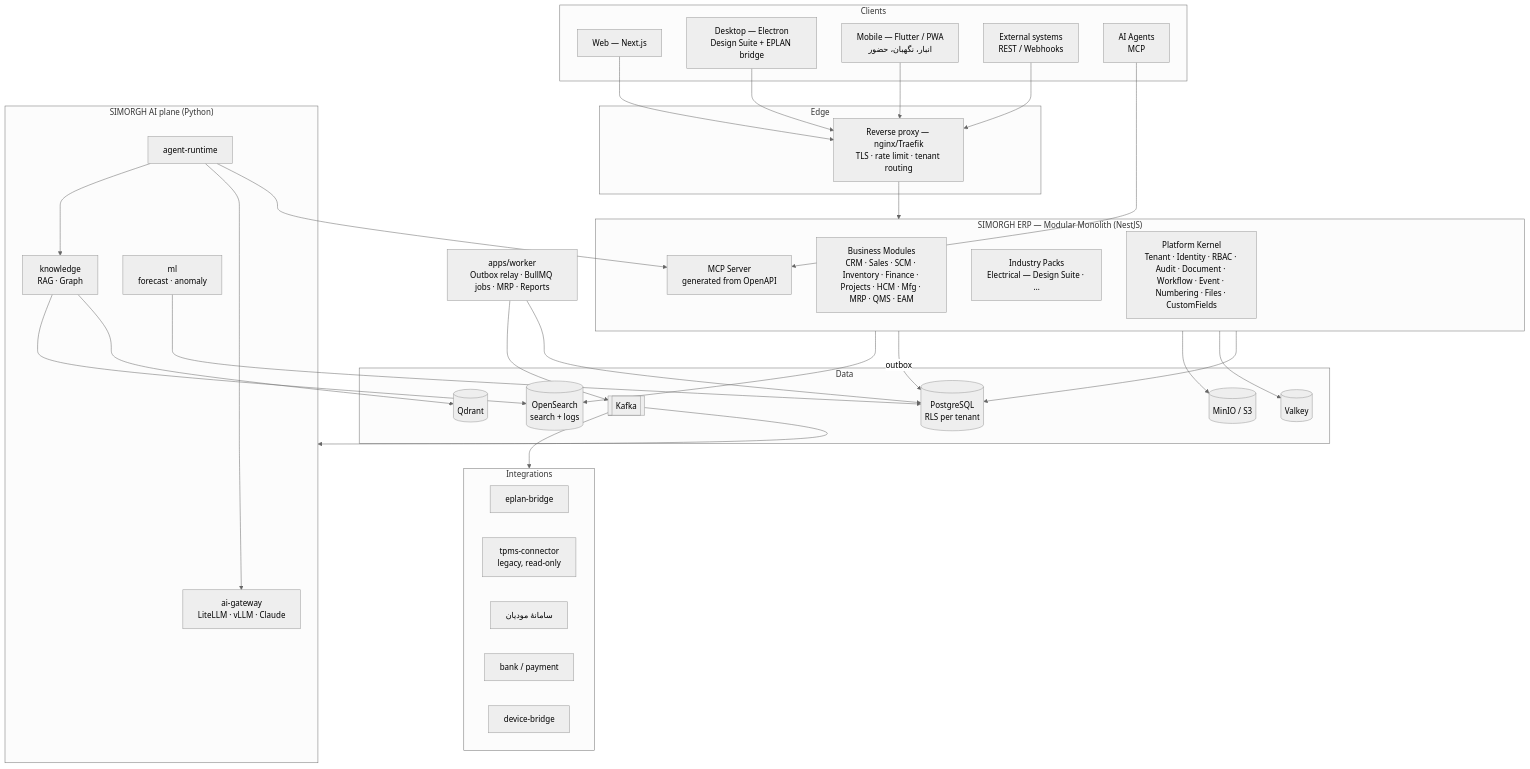
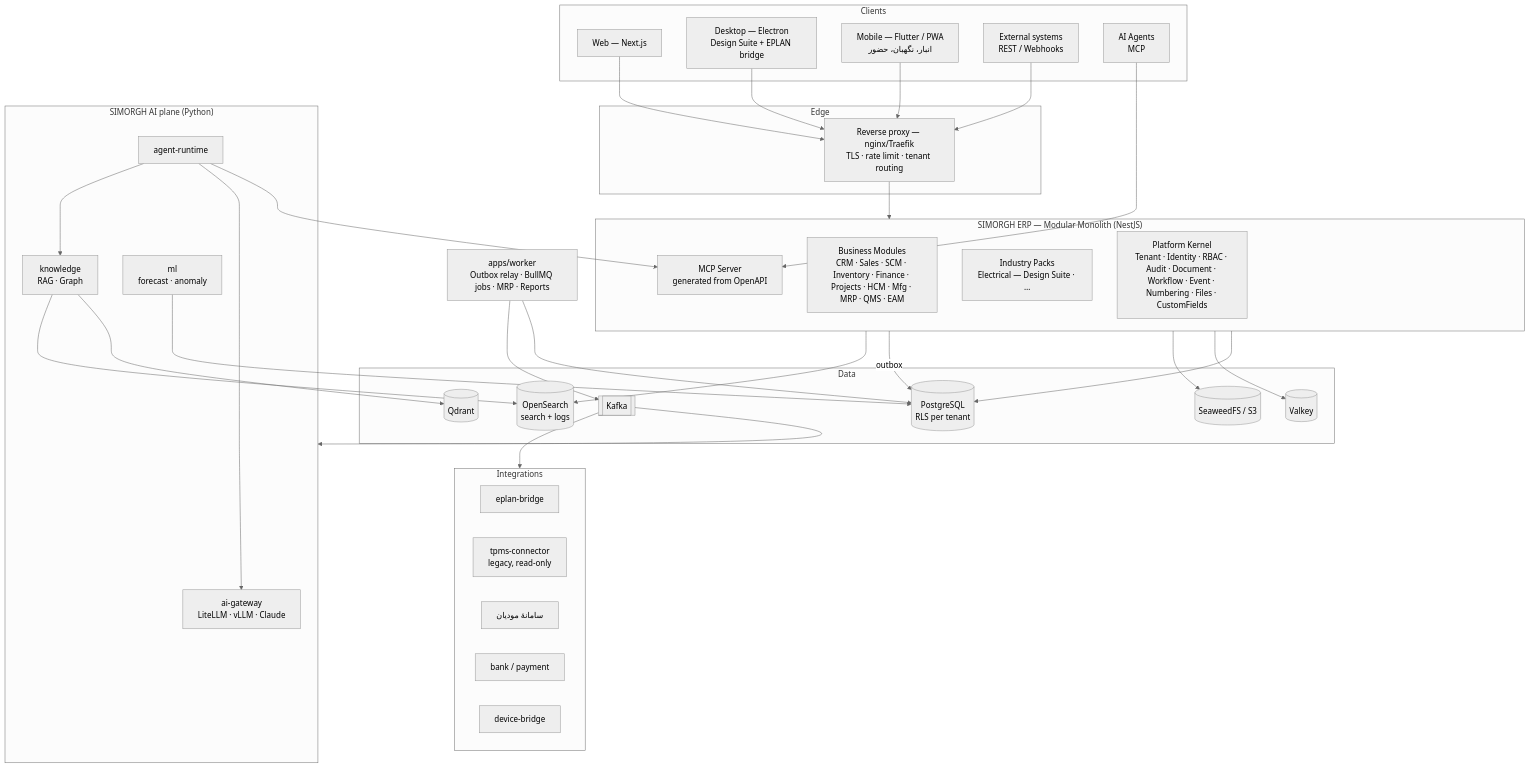
The first of 8 diagrams in docs/architecture/SIMORGH-ERP-Enterprise-Architecture-v1.0.md (shahram-tabasi/Simorgh-ERP), drawn with Mermaid (neutral theme) before and after one commit. The commit also changed other lines of this file and 13 other files, not shown here.

First line of the commit message:
Replace MinIO with SeaweedFS as the S3 object store (decision 2)

````diff
--- a/docs/architecture/SIMORGH-ERP-Enterprise-Architecture-v1.0.md
+++ b/docs/architecture/SIMORGH-ERP-Enterprise-Architecture-v1.0.md
@@ -173,68 +173,68 @@
 ```mermaid
 flowchart TB
   subgraph Clients
     WEB[Web — Next.js]
     DESK[Desktop — Electron<br/>Design Suite + EPLAN bridge]
     MOB[Mobile — Flutter / PWA<br/>انبار، نگهبان، حضور]
     EXT[External systems<br/>REST / Webhooks]
     AGT[AI Agents<br/>MCP]
   end
 
   subgraph Edge
     GW[Reverse proxy — nginx/Traefik<br/>TLS · rate limit · tenant routing]
   end
 
   subgraph App["SIMORGH ERP — Modular Monolith (NestJS)"]
     K[Platform Kernel<br/>Tenant · Identity · RBAC · Audit · Document · Workflow · Event · Numbering · Files · CustomFields]
     M[Business Modules<br/>CRM · Sales · SCM · Inventory · Finance · Projects · HCM · Mfg · MRP · QMS · EAM]
     P[Industry Packs<br/>Electrical — Design Suite · …]
     MCP[MCP Server<br/>generated from OpenAPI]
   end
 
   WK[apps/worker<br/>Outbox relay · BullMQ jobs · MRP · Reports]
 
   subgraph Data
     PG[(PostgreSQL<br/>RLS per tenant)]
     RD[(Valkey)]
-    S3[(MinIO / S3)]
+    S3[(SeaweedFS / S3)]
     MQ[[Kafka]]
     ES[(OpenSearch<br/>search + logs)]
     VEC[(Qdrant)]
   end
 
   subgraph AI["SIMORGH AI plane (Python)"]
     LLM[ai-gateway<br/>LiteLLM · vLLM · Claude]
     AR[agent-runtime]
     KN[knowledge<br/>RAG · Graph]
     ML[ml<br/>forecast · anomaly]
   end
 
   subgraph INT[Integrations]
     EPL[eplan-bridge]
     TPMS[tpms-connector<br/>legacy, read-only]
     TAX[سامانهٔ مودیان]
     BANK[bank / payment]
     DEV[device-bridge]
   end
 
   WEB --> GW --> App
   DESK --> GW
   MOB --> GW
   EXT --> GW
   AGT --> MCP
   App --> PG
   App --> RD
   App --> S3
   App -- outbox --> PG
   WK --> PG
   WK --> MQ
   MQ --> AI
   MQ --> INT
   AR --> MCP
   AR --> LLM
   AR --> KN
   KN --> VEC
   KN --> ES
   ML --> PG
   App --> ES
 ```
````
